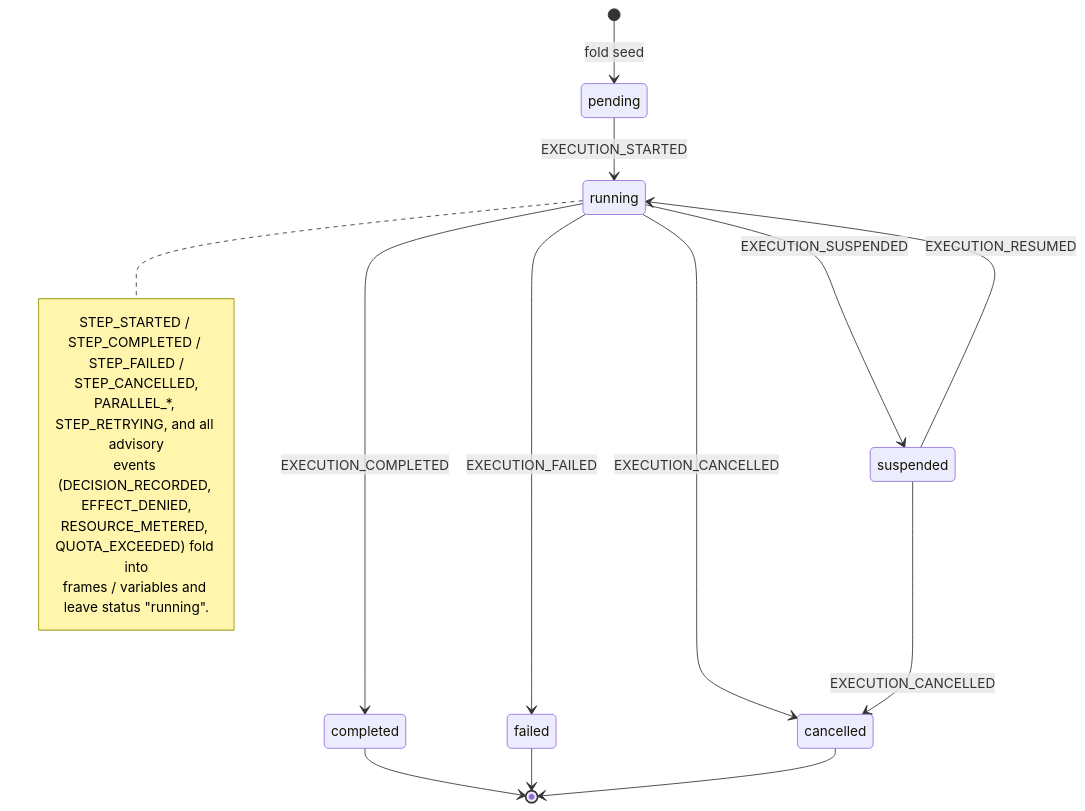
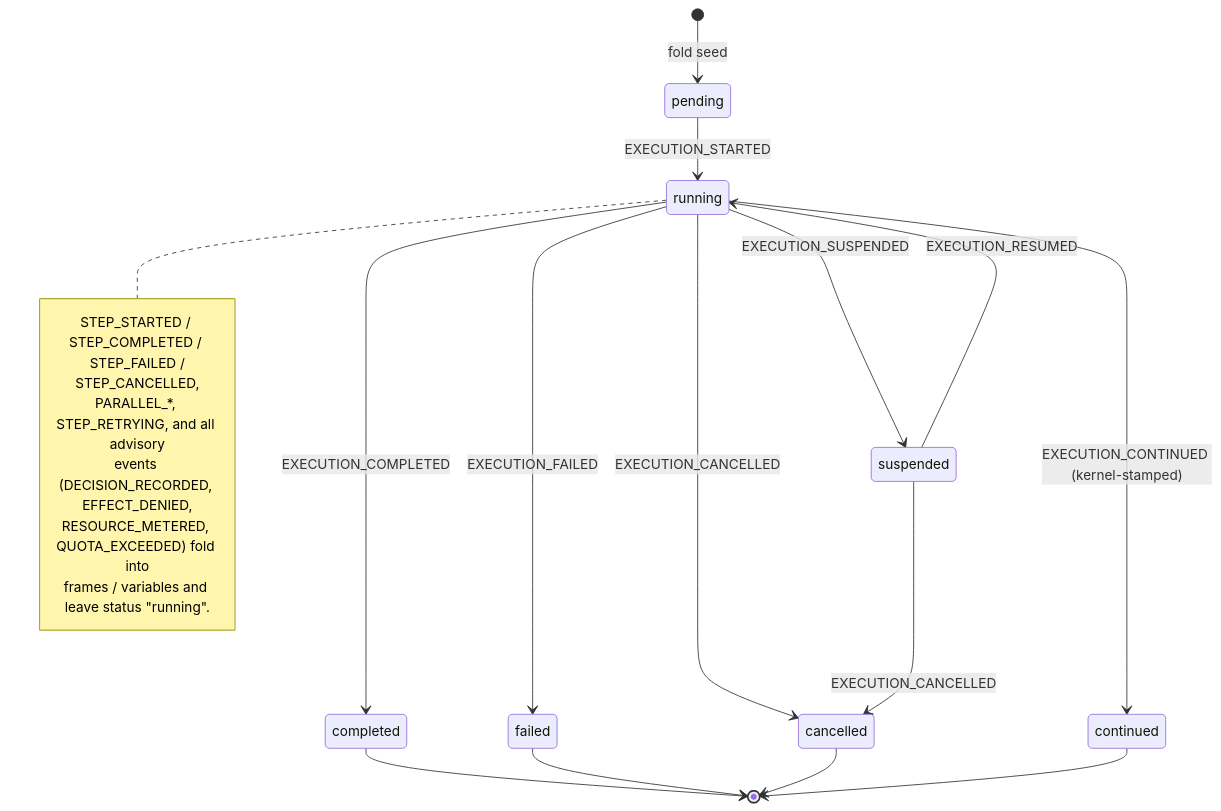
The first of 2 diagrams in docs/loom-2.0/10-event-schema-reference.md (chhetrisushil/loom), drawn with Mermaid before and after one commit. The commit also changed other lines of this file and 40 other files, not shown here.

First line of the commit message:
feat(kernel): W2-0 — reserve KERNEL_ABI 1.3.0 / EVENT_SCHEMA 1.23.0 / EventStore SPI 2.1.0 and every Wave 2 fold handler

````diff
--- a/docs/loom-2.0/10-event-schema-reference.md
+++ b/docs/loom-2.0/10-event-schema-reference.md
@@ -455,22 +505,24 @@
 ```mermaid
 stateDiagram-v2
   [*] --> pending: fold seed
   pending --> running: EXECUTION_STARTED
   running --> suspended: EXECUTION_SUSPENDED
   suspended --> running: EXECUTION_RESUMED
   running --> completed: EXECUTION_COMPLETED
   running --> failed: EXECUTION_FAILED
   running --> cancelled: EXECUTION_CANCELLED
+  running --> continued: EXECUTION_CONTINUED (kernel-stamped)
   suspended --> cancelled: EXECUTION_CANCELLED
   completed --> [*]
   failed --> [*]
   cancelled --> [*]
+  continued --> [*]
   note right of running
     STEP_STARTED / STEP_COMPLETED / STEP_FAILED /
     STEP_CANCELLED,
     PARALLEL_*, STEP_RETRYING, and all advisory
     events (DECISION_RECORDED, EFFECT_DENIED,
     RESOURCE_METERED, QUOTA_EXCEEDED) fold into
     frames / variables and leave status "running".
   end note
 ```
````
